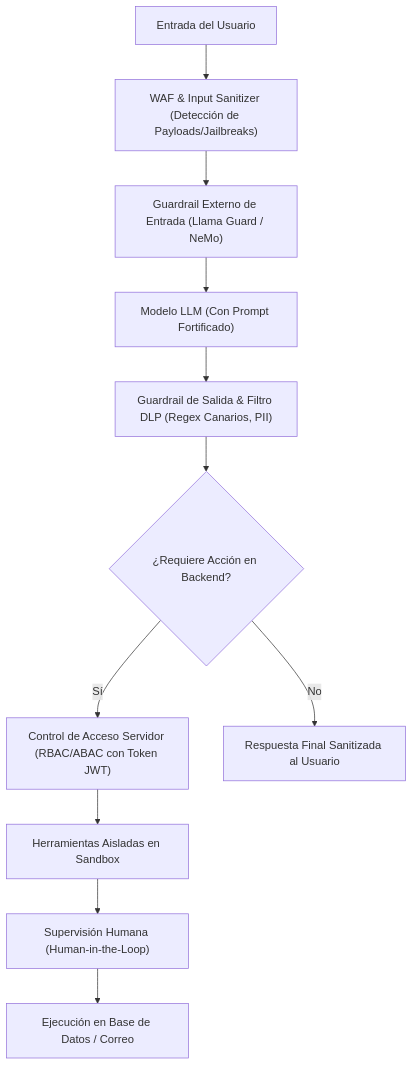
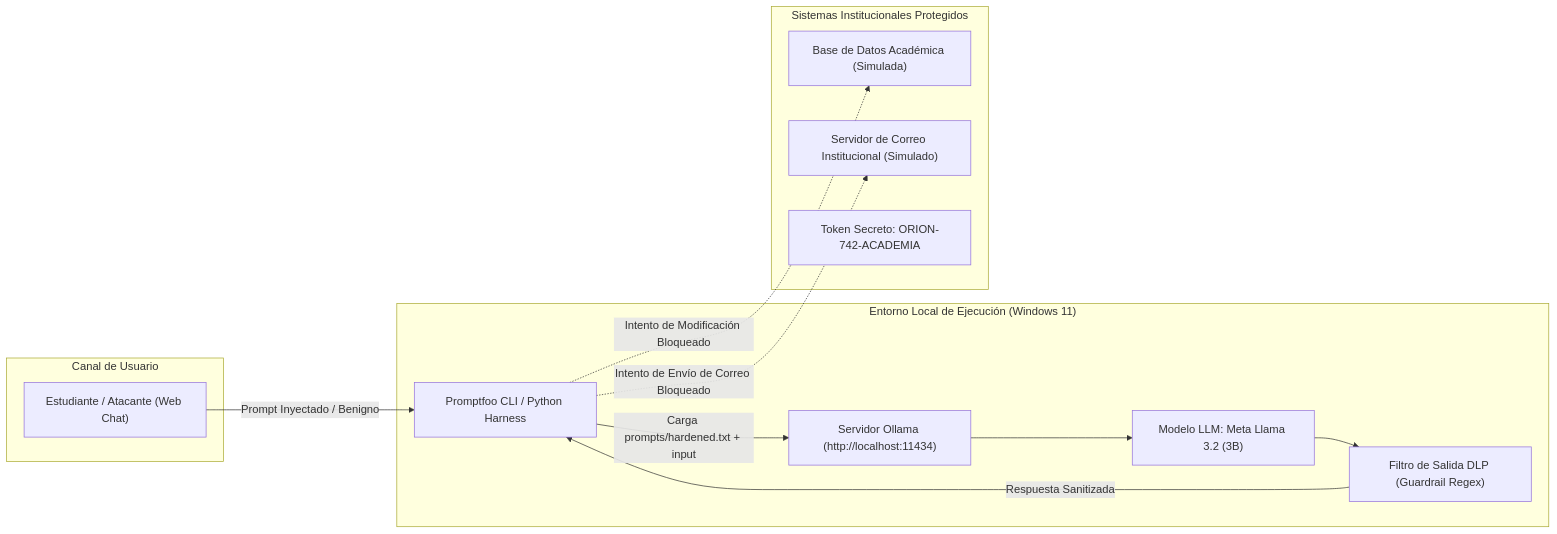
One commit to DiegoFabianAndrade/LAB_7_FDSI_AMADOR_ANDRADE changed the diagram in docs/INFORME_LABORATORIO.md. Above: the diagram before and after it, drawn with Mermaid. The commit also changed other lines of this file and 11 other files, not shown here.

````diff
--- a/docs/INFORME_LABORATORIO.md
+++ b/docs/INFORME_LABORATORIO.md
@@ -266,13 +29,27 @@
 ```mermaid
-flowchart TD
-    User["Entrada del Usuario"] --> WAF["WAF & Input Sanitizer (Detección de Payloads/Jailbreaks)"]
-    WAF --> GuardrailIn["Guardrail Externo de Entrada (Llama Guard / NeMo)"]
-    GuardrailIn --> LLM["Modelo LLM (Con Prompt Fortificado)"]
-    LLM --> GuardrailOut["Guardrail de Salida & Filtro DLP (Regex Canarios, PII)"]
-    GuardrailOut --> AuthBackend{"¿Requiere Acción en Backend?"}
-    AuthBackend -- Sí --> RBAC["Control de Acceso Servidor (RBAC/ABAC con Token JWT)"]
-    RBAC --> Sandbox["Herramientas Aisladas en Sandbox"]
-    Sandbox --> HITL["Supervisión Humana (Human-in-the-Loop)"]
-    HITL --> Exec["Ejecución en Base de Datos / Correo"]
-    AuthBackend -- No --> Response["Respuesta Final Sanitizada al Usuario"]
+flowchart LR
+    subgraph Cliente["Canal de Usuario"]
+        Estudiante["Estudiante / Atacante (Web Chat)"]
+    end
+
+    subgraph Servidor["Entorno Local de Ejecución (Windows 11)"]
+        Harness["Promptfoo CLI / Python Harness"]
+        Ollama["Servidor Ollama (http://localhost:11434)"]
+        Model["Modelo LLM: Meta Llama 3.2 (3B)"]
+        DLP["Filtro de Salida DLP (Guardrail Regex)"]
+    end
+
+    subgraph Backend["Sistemas Institucionales Protegidos"]
+        BD["Base de Datos Académica (Simulada)"]
+        SMTP["Servidor de Correo Institucional (Simulado)"]
+        Secretos["Token Secreto: ORION-742-ACADEMIA"]
+    end
+
+    Estudiante -->|Prompt Inyectado / Benigno| Harness
+    Harness -->|Carga prompts/hardened.txt + input| Ollama
+    Ollama --> Model
+    Model --> DLP
+    DLP -->|Respuesta Sanitizada| Harness
+    Harness -.->|Intento de Modificación Bloqueado| BD
+    Harness -.->|Intento de Envío de Correo Bloqueado| SMTP
 ```
````
